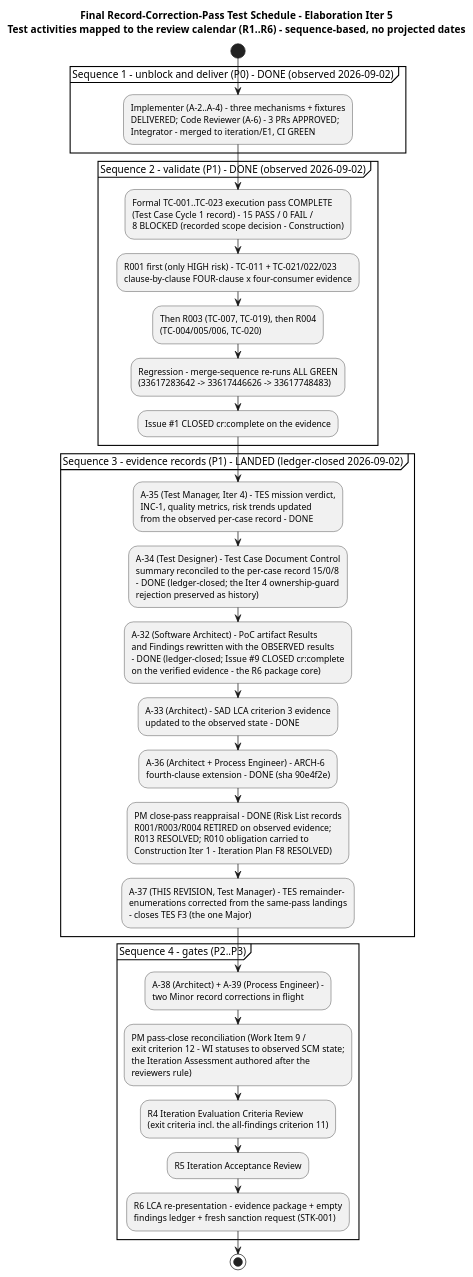
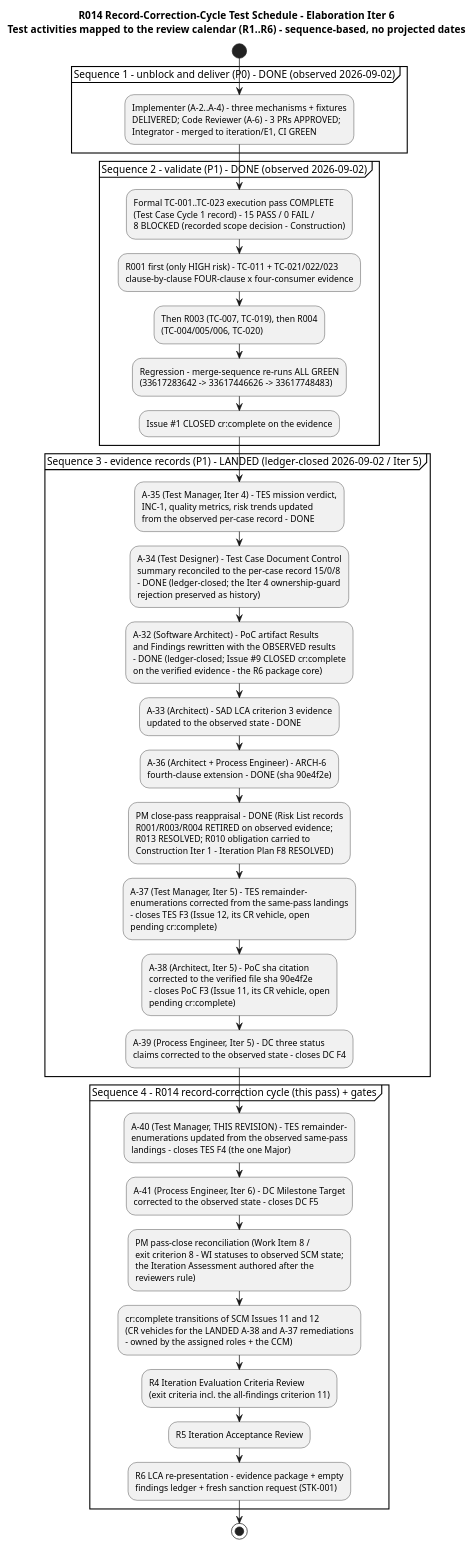
Before and after one commit to banense-test/employee-portal: the fourth of 5 diagrams in docs/artifacts/test/test-evaluation-summary.md, drawn with PlantUML. The commit also changed other lines of this file, not shown here.

First line of the commit message:
Test Manager [E6]: upsert Test Evaluation Summary

````diff
--- a/docs/artifacts/test/test-evaluation-summary.md
+++ b/docs/artifacts/test/test-evaluation-summary.md
@@ -230,34 +230,38 @@
 ```plantuml
 @startuml
-title Final Record-Correction-Pass Test Schedule - Elaboration Iter 5\nTest activities mapped to the review calendar (R1..R6) - sequence-based, no projected dates
+title R014 Record-Correction-Cycle Test Schedule - Elaboration Iter 6\nTest activities mapped to the review calendar (R1..R6) - sequence-based, no projected dates
 
 start
 partition "Sequence 1 - unblock and deliver (P0) - DONE (observed 2026-09-02)" {
   :Implementer (A-2..A-4) - three mechanisms + fixtures\nDELIVERED; Code Reviewer (A-6) - 3 PRs APPROVED;\nIntegrator - merged to iteration/E1, CI GREEN;
 }
 partition "Sequence 2 - validate (P1) - DONE (observed 2026-09-02)" {
   :Formal TC-001..TC-023 execution pass COMPLETE\n(Test Case Cycle 1 record) - 15 PASS / 0 FAIL /\n8 BLOCKED (recorded scope decision - Construction);
   :R001 first (only HIGH risk) - TC-011 + TC-021/022/023\nclause-by-clause FOUR-clause x four-consumer evidence;
   :Then R003 (TC-007, TC-019), then R004\n(TC-004/005/006, TC-020);
   :Regression - merge-sequence re-runs ALL GREEN\n(33617283642 -> 33617446626 -> 33617748483);
   :Issue #1 CLOSED cr:complete on the evidence;
 }
-partition "Sequence 3 - evidence records (P1) - LANDED (ledger-closed 2026-09-02)" {
+partition "Sequence 3 - evidence records (P1) - LANDED (ledger-closed 2026-09-02 / Iter 5)" {
   :A-35 (Test Manager, Iter 4) - TES mission verdict,\nINC-1, quality metrics, risk trends updated\nfrom the observed per-case record - DONE;
   :A-34 (Test Designer) - Test Case Document Control\nsummary reconciled to the per-case record 15/0/8\n- DONE (ledger-closed; the Iter 4 ownership-guard\nrejection preserved as history);
   :A-32 (Software Architect) - PoC artifact Results\nand Findings rewritten with the OBSERVED results\n- DONE (ledger-closed; Issue #9 CLOSED cr:complete\non the verified evidence - the R6 package core);
   :A-33 (Architect) - SAD LCA criterion 3 evidence\nupdated to the observed state - DONE;
   :A-36 (Architect + Process Engineer) - ARCH-6\nfourth-clause extension - DONE (sha 90e4f2e);
   :PM close-pass reappraisal - DONE (Risk List records\nR001/R003/R004 RETIRED on observed evidence;\nR013 RESOLVED; R010 obligation carried to\nConstruction Iter 1 - Iteration Plan F8 RESOLVED);
-  :A-37 (THIS REVISION, Test Manager) - TES remainder-\nenumerations corrected from the same-pass landings\n- closes TES F3 (the one Major);
+  :A-37 (Test Manager, Iter 5) - TES remainder-\nenumerations corrected from the same-pass landings\n- closes TES F3 (Issue 12, its CR vehicle, open\npending cr:complete);
+  :A-38 (Architect, Iter 5) - PoC sha citation\ncorrected to the verified file sha 90e4f2e\n- closes PoC F3 (Issue 11, its CR vehicle, open\npending cr:complete);
+  :A-39 (Process Engineer, Iter 5) - DC three status\nclaims corrected to the observed state - closes DC F4;
 }
-partition "Sequence 4 - gates (P2..P3)" {
-  :A-38 (Architect) + A-39 (Process Engineer) -\ntwo Minor record corrections in flight;
-  :PM pass-close reconciliation (Work Item 9 /\nexit criterion 12 - WI statuses to observed SCM state;\nthe Iteration Assessment authored after the\nreviewers rule);
+partition "Sequence 4 - R014 record-correction cycle (this pass) + gates" {
+  :A-40 (Test Manager, THIS REVISION) - TES remainder-\nenumerations updated from the observed same-pass\nlandings - closes TES F4 (the one Major);
+  :A-41 (Process Engineer, Iter 6) - DC Milestone Target\ncorrected to the observed state - closes DC F5;
+  :PM pass-close reconciliation (Work Item 8 /\nexit criterion 8 - WI statuses to observed SCM state;\nthe Iteration Assessment authored after the\nreviewers rule);
+  :cr:complete transitions of SCM Issues 11 and 12\n(CR vehicles for the LANDED A-38 and A-37 remediations\n- owned by the assigned roles + the CCM);
   :R4 Iteration Evaluation Criteria Review\n(exit criteria incl. the all-findings criterion 11);
   :R5 Iteration Acceptance Review;
   :R6 LCA re-presentation - evidence package + empty\nfindings ledger + fresh sanction request (STK-001);
 }
 stop
 @enduml
 ```
````
